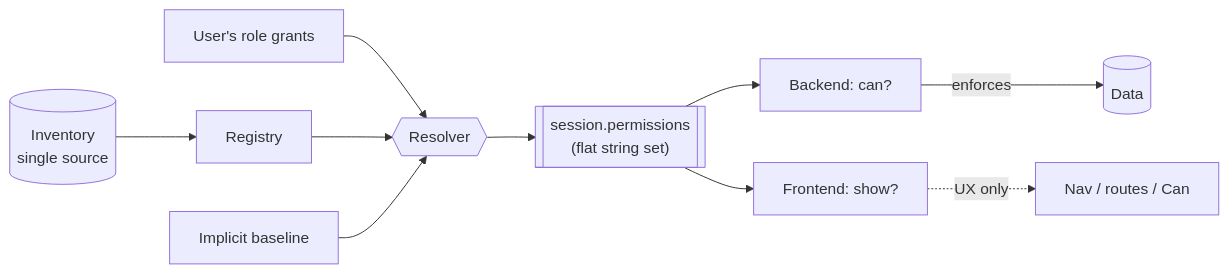
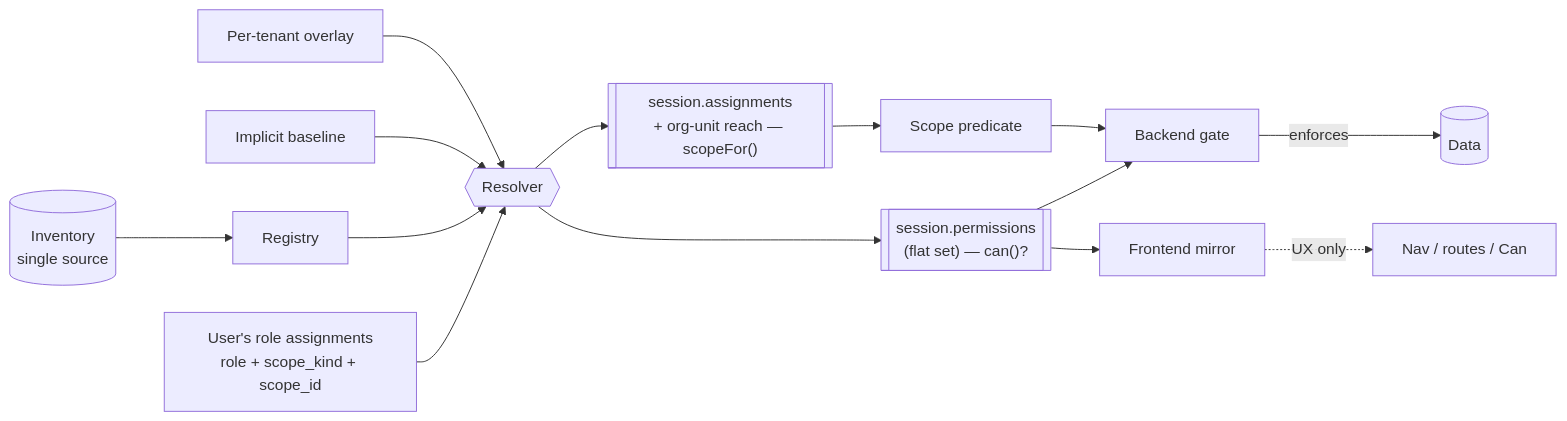
One commit to Seta-International/agent-platform changed the first of 4 diagrams in docs/platform/rbac.md. Above: the diagram before and after it, drawn with Mermaid. The commit also changed other lines of this file and 565 other files, not shown here.

First line of the commit message:
refactor(rbac): FUT-378 scoped role assignments + unified scope layer (#295)

````diff
--- a/docs/platform/rbac.md
+++ b/docs/platform/rbac.md
@@ -5,9 +10,13 @@
 ```mermaid
 flowchart LR
-  G[User's role grants] --> R{{Resolver}}
+  A[User's role assignments<br/>role + scope_kind + scope_id] --> R{{Resolver}}
   INV[(Inventory<br/>single source)] --> REG[Registry] --> R
   IMP[Implicit baseline] --> R
-  R --> S[["session.permissions<br/>(flat string set)"]]
-  S --> BE[Backend: can?] -->|enforces| DB[(Data)]
-  S --> FE[Frontend: show?] -.UX only.-> UI[Nav / routes / Can]
+  OV[Per-tenant overlay] --> R
+  R --> S[["session.permissions<br/>(flat set) — can()?"]]
+  R --> SC[["session.assignments<br/>+ org-unit reach — scopeFor()"]]
+  S --> BE[Backend gate]
+  SC --> PRED[Scope predicate] --> BE
+  BE -->|enforces| DB[(Data)]
+  S --> FE[Frontend mirror] -.UX only.-> UI[Nav / routes / Can]
 ```
````
